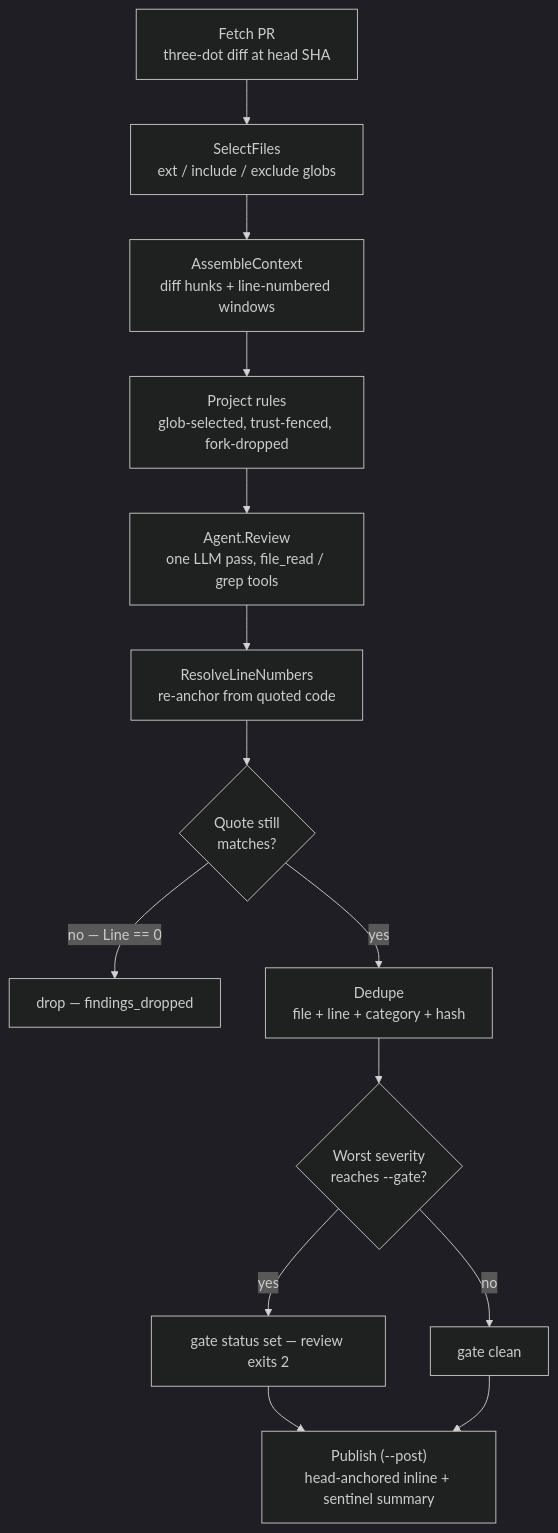
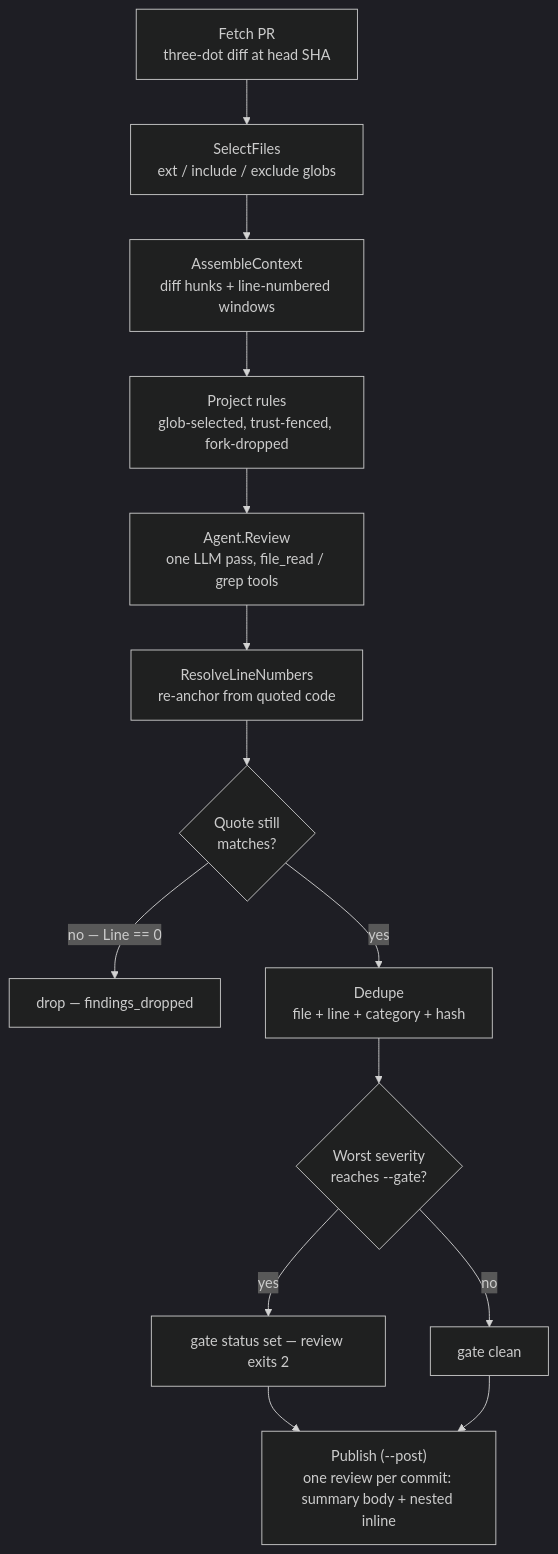
Before and after one commit to vanducng/miu-cr: the second of 10 diagrams in docs/content/architecture.md, drawn with Mermaid (dark theme). The commit also changed other lines of this file and 23 other files, not shown here.

````diff
--- a/docs/content/architecture.md
+++ b/docs/content/architecture.md
@@ -74,16 +74,16 @@
 ```mermaid
 flowchart TD
     A["Fetch PR<br/>three-dot diff at head SHA"] --> B["SelectFiles<br/>ext / include / exclude globs"]
     B --> C["AssembleContext<br/>diff hunks + line-numbered windows"]
     C --> D["Project rules<br/>glob-selected, trust-fenced, fork-dropped"]
     D --> E["Agent.Review<br/>one LLM pass, file_read / grep tools"]
     E --> F["ResolveLineNumbers<br/>re-anchor from quoted code"]
     F --> G{"Quote still<br/>matches?"}
     G -->|"no — Line == 0"| Drop["drop — findings_dropped"]
     G -->|"yes"| H["Dedupe<br/>file + line + category + hash"]
     H --> I{"Worst severity<br/>reaches --gate?"}
     I -->|"yes"| Gate["gate status set — review exits 2"]
     I -->|"no"| Pass["gate clean"]
-    Gate --> P["Publish (--post)<br/>head-anchored inline + sentinel summary"]
+    Gate --> P["Publish (--post)<br/>one review per commit: summary body + nested inline"]
     Pass --> P
 ```
````
